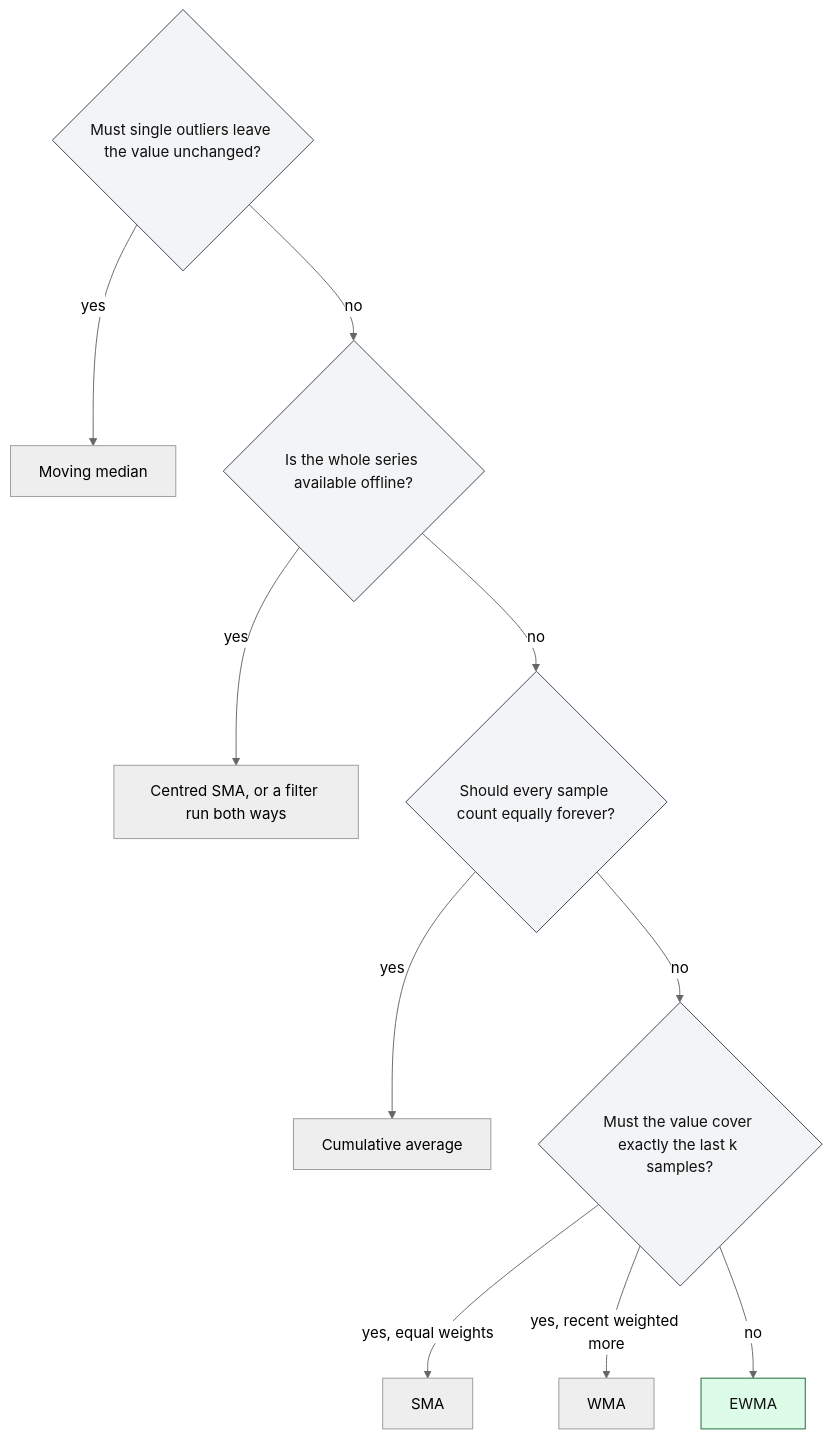
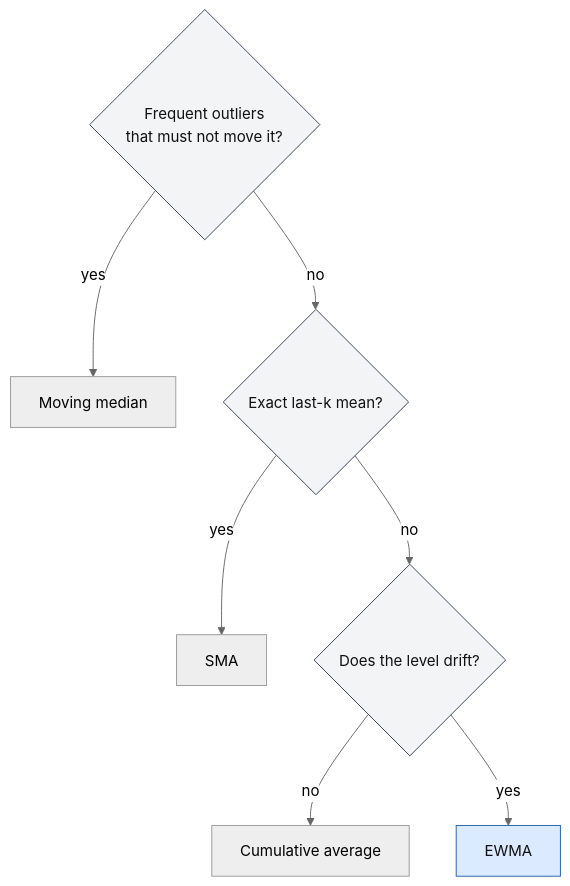
One commit to mengjiasun1992/sllmwiki-demo changed the diagram in sllmwiki/narratives/when-should-software-use-an-ewma-instead-of-other-moving-averages.md. Above: the diagram before and after it, drawn with Mermaid (neutral theme). The commit also changed other lines of this file and 17 other files, not shown here.

````diff
--- a/sllmwiki/narratives/when-should-software-use-an-ewma-instead-of-other-moving-averages.md
+++ b/sllmwiki/narratives/when-should-software-use-an-ewma-instead-of-other-moving-averages.md
@@ -69,16 +76,13 @@
 ```mermaid
 flowchart TD
-    Q1{"Must single outliers leave the value unchanged?"} -->|yes| MED["Moving median"]
-    Q1 -->|no| Q2{"Is the whole series available offline?"}
-    Q2 -->|yes| SMA1["Centred SMA, or a filter run both ways"]
-    Q2 -->|no| Q3{"Should every sample count equally forever?"}
-    Q3 -->|yes| CA["Cumulative average"]
-    Q3 -->|no| Q4{"Must the value cover exactly the last k samples?"}
-    Q4 -->|"yes, equal weights"| SMA2["SMA"]
-    Q4 -->|"yes, recent weighted more"| WMA["WMA"]
-    Q4 -->|no| EWMA["EWMA"]
-    classDef pick fill:#dcfce7,stroke:#166534,color:#111111
+    Q1{"Frequent outliers<br/>that must not move it?"} -->|yes| MED["Moving median"]
+    Q1 -->|no| Q2{"Exact last-k mean?"}
+    Q2 -->|yes| SMA["SMA"]
+    Q2 -->|no| Q3{"Does the level drift?"}
+    Q3 -->|no| CA["Cumulative average"]
+    Q3 -->|yes| EWMA["EWMA"]
+    classDef pick fill:#dbeafe,stroke:#1f5fa8,color:#111111
     classDef q fill:#f3f4f6,stroke:#374151,color:#111111
     class EWMA pick
-    class Q1,Q2,Q3,Q4 q
+    class Q1,Q2,Q3 q
 ```
````
